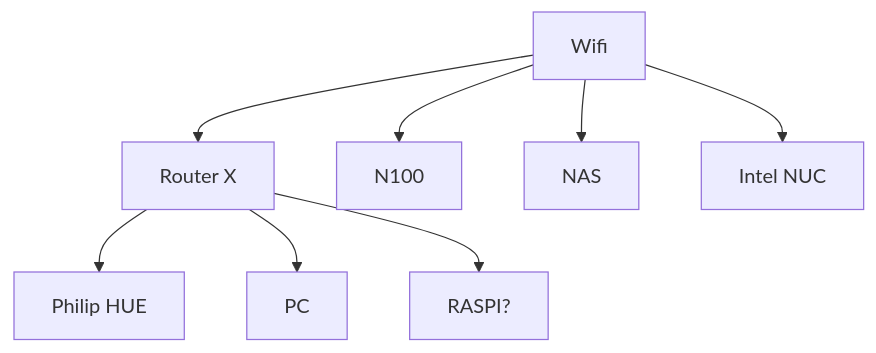
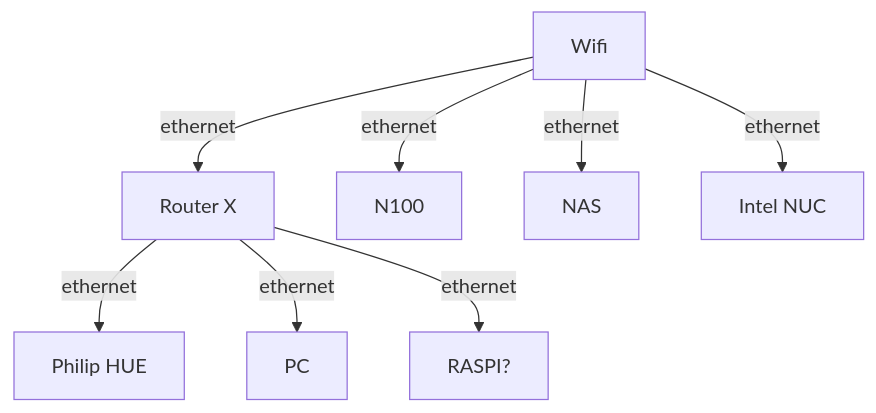
The first of 5 diagrams in README.md (pstefka/smarthome), drawn with Mermaid before and after one commit. The commit also changed other lines of this file, not shown here.

````diff
--- a/README.md
+++ b/README.md
@@ -9,11 +9,11 @@
 ```mermaid
 flowchart TD
 
-  W[Wifi] --> RX[Router X]
-  W --> N100
-  W --> NAS
-  W --> NUC[Intel NUC]
-  RX --> HUE[Philip HUE]
-  RX --> PC
-  RX --> RASPI?
+  W[Wifi] --ethernet--> RX[Router X]
+  W --ethernet--> N100
+  W --ethernet--> NAS
+  W --ethernet--> NUC[Intel NUC]
+  RX --ethernet--> HUE[Philip HUE]
+  RX --ethernet--> PC
+  RX --ethernet--> RASPI?
 ```
````
